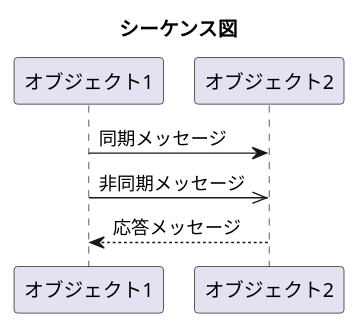
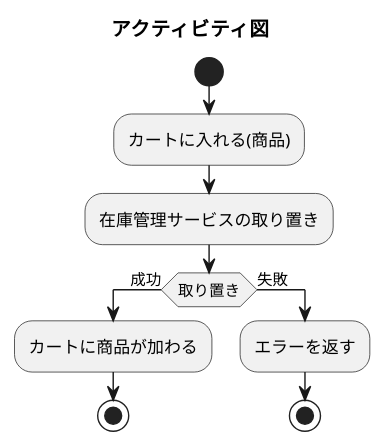
The third of 10 diagrams in FE/午前語句.md (keiMkuro/til), drawn with PlantUML before and after one commit. The commit also changed other lines of this file and 12 other files, not shown here.

````diff
--- a/FE/午前語句.md
+++ b/FE/午前語句.md
@@ -1021,8 +1065,16 @@
-```puml
+```plantuml
 @startuml
-title シーケンス図
-オブジェクト1 -> オブジェクト2: 同期メッセージ
-オブジェクト1 ->> オブジェクト2: 非同期メッセージ
-オブジェクト2 --> オブジェクト1: 応答メッセージ
+title アクティビティ図
+start
+:カートに入れる(商品);
+->
+:在庫管理サービスの取り置き;
+if (取り置き) then (成功)
+  :カートに商品が加わる;
+  stop
+else (失敗)
+  :エラーを返す;
+  stop
+endif
 @enduml
 ```
````
